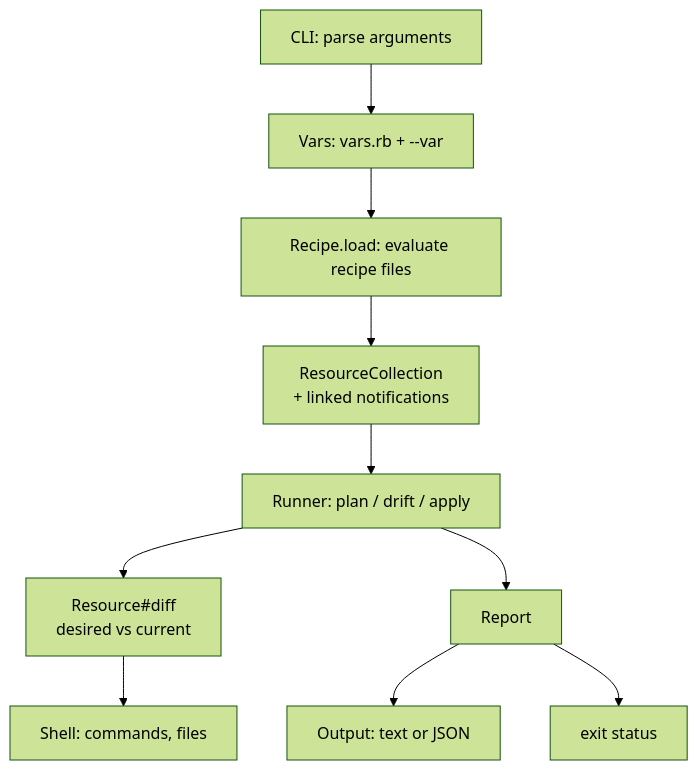
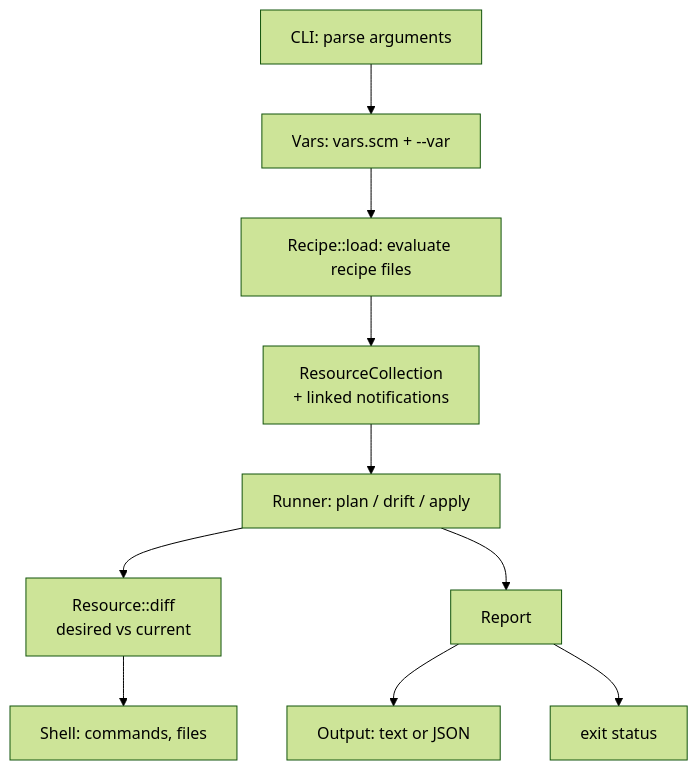
One commit to amassivus/sadame changed the diagram in docs/contributing/architecture.md. Above: the diagram before and after it, drawn with Mermaid (forest theme). The commit also changed other lines of this file and 386 other files, not shown here.

````diff
--- a/docs/contributing/architecture.md
+++ b/docs/contributing/architecture.md
@@ -48,12 +51,12 @@
 ```mermaid
 flowchart TD
-    cli["CLI: parse arguments"] --> vars["Vars: vars.rb + --var"]
-    vars --> recipe["Recipe.load: evaluate recipe files"]
+    cli["CLI: parse arguments"] --> vars["Vars: vars.scm + --var"]
+    vars --> recipe["Recipe::load: evaluate recipe files"]
     recipe --> collection["ResourceCollection<br/>+ linked notifications"]
     collection --> runner["Runner: plan / drift / apply"]
-    runner --> resource["Resource#diff<br/>desired vs current"]
+    runner --> resource["Resource::diff<br/>desired vs current"]
     resource --> shell["Shell: commands, files"]
     runner --> report["Report"]
     report --> output["Output: text or JSON"]
     report --> status["exit status"]
 ```
````
